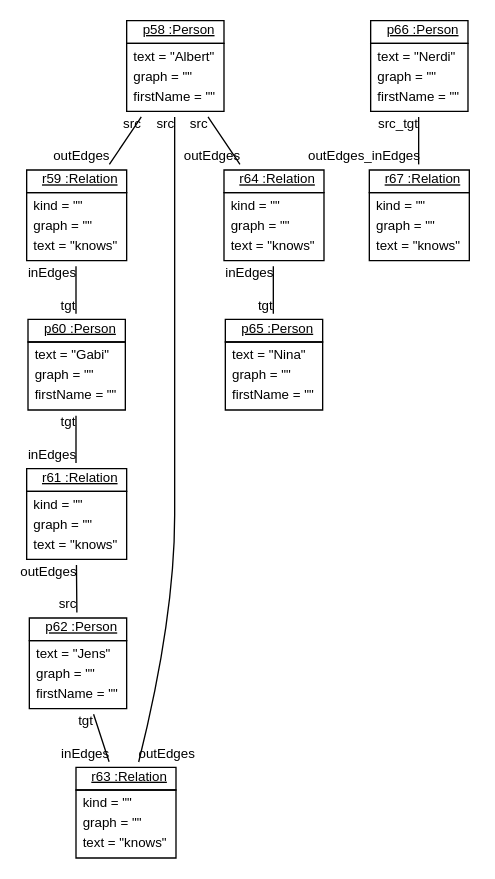
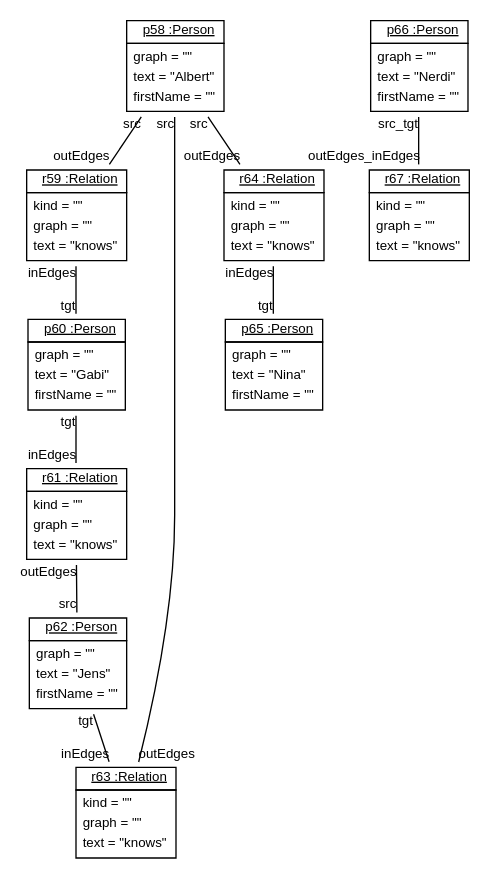
The diagram in doc/BanfM2MTransformation20.dot (fujaba/SDMLib), drawn with Graphviz before and after one commit. The commit also changed 11 other files, not shown here.

```diff
--- a/doc/BanfM2MTransformation20.dot
+++ b/doc/BanfM2MTransformation20.dot
@@ -1,26 +1,26 @@
 graph ObjectDiagram {
    node [shape = none, fontsize = 10, fontname = "Arial"];
    edge [fontsize = 10, fontname = "Arial"];
    compound=true;
 
-p58 [label=<<table border='0' cellborder='1' cellspacing='0'> <tr> <td href="../examples/org/sdmlib/examples/m2m/Person.java"> <u>p58 :Person</u></td></tr><tr><td><table border='0' cellborder='0' cellspacing='0'><tr><td align='left'>text = "Albert"</td></tr><tr><td align='left'>graph = ""</td></tr><tr><td align='left'>firstName = ""</td></tr></table></td></tr></table>>];
+p58 [label=<<table border='0' cellborder='1' cellspacing='0'> <tr> <td href="../examples/org/sdmlib/examples/m2m/Person.java"> <u>p58 :Person</u></td></tr><tr><td><table border='0' cellborder='0' cellspacing='0'><tr><td align='left'>graph = ""</td></tr><tr><td align='left'>text = "Albert"</td></tr><tr><td align='left'>firstName = ""</td></tr></table></td></tr></table>>];
 r59 [label=<<table border='0' cellborder='1' cellspacing='0'> <tr> <td href="../examples/org/sdmlib/examples/m2m/Relation.java"> <u>r59 :Relation</u></td></tr><tr><td><table border='0' cellborder='0' cellspacing='0'><tr><td align='left'>kind = ""</td></tr><tr><td align='left'>graph = ""</td></tr><tr><td align='left'>text = "knows"</td></tr></table></td></tr></table>>];
-p60 [label=<<table border='0' cellborder='1' cellspacing='0'> <tr> <td href="../examples/org/sdmlib/examples/m2m/Person.java"> <u>p60 :Person</u></td></tr><tr><td><table border='0' cellborder='0' cellspacing='0'><tr><td align='left'>text = "Gabi"</td></tr><tr><td align='left'>graph = ""</td></tr><tr><td align='left'>firstName = ""</td></tr></table></td></tr></table>>];
+p60 [label=<<table border='0' cellborder='1' cellspacing='0'> <tr> <td href="../examples/org/sdmlib/examples/m2m/Person.java"> <u>p60 :Person</u></td></tr><tr><td><table border='0' cellborder='0' cellspacing='0'><tr><td align='left'>graph = ""</td></tr><tr><td align='left'>text = "Gabi"</td></tr><tr><td align='left'>firstName = ""</td></tr></table></td></tr></table>>];
 r61 [label=<<table border='0' cellborder='1' cellspacing='0'> <tr> <td href="../examples/org/sdmlib/examples/m2m/Relation.java"> <u>r61 :Relation</u></td></tr><tr><td><table border='0' cellborder='0' cellspacing='0'><tr><td align='left'>kind = ""</td></tr><tr><td align='left'>graph = ""</td></tr><tr><td align='left'>text = "knows"</td></tr></table></td></tr></table>>];
-p62 [label=<<table border='0' cellborder='1' cellspacing='0'> <tr> <td href="../examples/org/sdmlib/examples/m2m/Person.java"> <u>p62 :Person</u></td></tr><tr><td><table border='0' cellborder='0' cellspacing='0'><tr><td align='left'>text = "Jens"</td></tr><tr><td align='left'>graph = ""</td></tr><tr><td align='left'>firstName = ""</td></tr></table></td></tr></table>>];
+p62 [label=<<table border='0' cellborder='1' cellspacing='0'> <tr> <td href="../examples/org/sdmlib/examples/m2m/Person.java"> <u>p62 :Person</u></td></tr><tr><td><table border='0' cellborder='0' cellspacing='0'><tr><td align='left'>graph = ""</td></tr><tr><td align='left'>text = "Jens"</td></tr><tr><td align='left'>firstName = ""</td></tr></table></td></tr></table>>];
 r63 [label=<<table border='0' cellborder='1' cellspacing='0'> <tr> <td href="../examples/org/sdmlib/examples/m2m/Relation.java"> <u>r63 :Relation</u></td></tr><tr><td><table border='0' cellborder='0' cellspacing='0'><tr><td align='left'>kind = ""</td></tr><tr><td align='left'>graph = ""</td></tr><tr><td align='left'>text = "knows"</td></tr></table></td></tr></table>>];
 r64 [label=<<table border='0' cellborder='1' cellspacing='0'> <tr> <td href="../examples/org/sdmlib/examples/m2m/Relation.java"> <u>r64 :Relation</u></td></tr><tr><td><table border='0' cellborder='0' cellspacing='0'><tr><td align='left'>kind = ""</td></tr><tr><td align='left'>graph = ""</td></tr><tr><td align='left'>text = "knows"</td></tr></table></td></tr></table>>];
-p65 [label=<<table border='0' cellborder='1' cellspacing='0'> <tr> <td href="../examples/org/sdmlib/examples/m2m/Person.java"> <u>p65 :Person</u></td></tr><tr><td><table border='0' cellborder='0' cellspacing='0'><tr><td align='left'>text = "Nina"</td></tr><tr><td align='left'>graph = ""</td></tr><tr><td align='left'>firstName = ""</td></tr></table></td></tr></table>>];
-p66 [label=<<table border='0' cellborder='1' cellspacing='0'> <tr> <td href="../examples/org/sdmlib/examples/m2m/Person.java"> <u>p66 :Person</u></td></tr><tr><td><table border='0' cellborder='0' cellspacing='0'><tr><td align='left'>text = "Nerdi"</td></tr><tr><td align='left'>graph = ""</td></tr><tr><td align='left'>firstName = ""</td></tr></table></td></tr></table>>];
+p65 [label=<<table border='0' cellborder='1' cellspacing='0'> <tr> <td href="../examples/org/sdmlib/examples/m2m/Person.java"> <u>p65 :Person</u></td></tr><tr><td><table border='0' cellborder='0' cellspacing='0'><tr><td align='left'>graph = ""</td></tr><tr><td align='left'>text = "Nina"</td></tr><tr><td align='left'>firstName = ""</td></tr></table></td></tr></table>>];
+p66 [label=<<table border='0' cellborder='1' cellspacing='0'> <tr> <td href="../examples/org/sdmlib/examples/m2m/Person.java"> <u>p66 :Person</u></td></tr><tr><td><table border='0' cellborder='0' cellspacing='0'><tr><td align='left'>graph = ""</td></tr><tr><td align='left'>text = "Nerdi"</td></tr><tr><td align='left'>firstName = ""</td></tr></table></td></tr></table>>];
 r67 [label=<<table border='0' cellborder='1' cellspacing='0'> <tr> <td href="../examples/org/sdmlib/examples/m2m/Relation.java"> <u>r67 :Relation</u></td></tr><tr><td><table border='0' cellborder='0' cellspacing='0'><tr><td align='left'>kind = ""</td></tr><tr><td align='left'>graph = ""</td></tr><tr><td align='left'>text = "knows"</td></tr></table></td></tr></table>>];
 
 p58 -- r59 [headlabel = "outEdges" taillabel = "src"];
 p58 -- r63 [headlabel = "outEdges" taillabel = "src"];
 p58 -- r64 [headlabel = "outEdges" taillabel = "src"];
 r59 -- p60 [headlabel = "tgt" taillabel = "inEdges"];
 p60 -- r61 [headlabel = "inEdges" taillabel = "tgt"];
 r61 -- p62 [headlabel = "src" taillabel = "outEdges"];
 p62 -- r63 [headlabel = "inEdges" taillabel = "tgt"];
 r64 -- p65 [headlabel = "tgt" taillabel = "inEdges"];
 p66 -- r67 [headlabel = "outEdges_inEdges" taillabel = "src_tgt"];
 }
```
